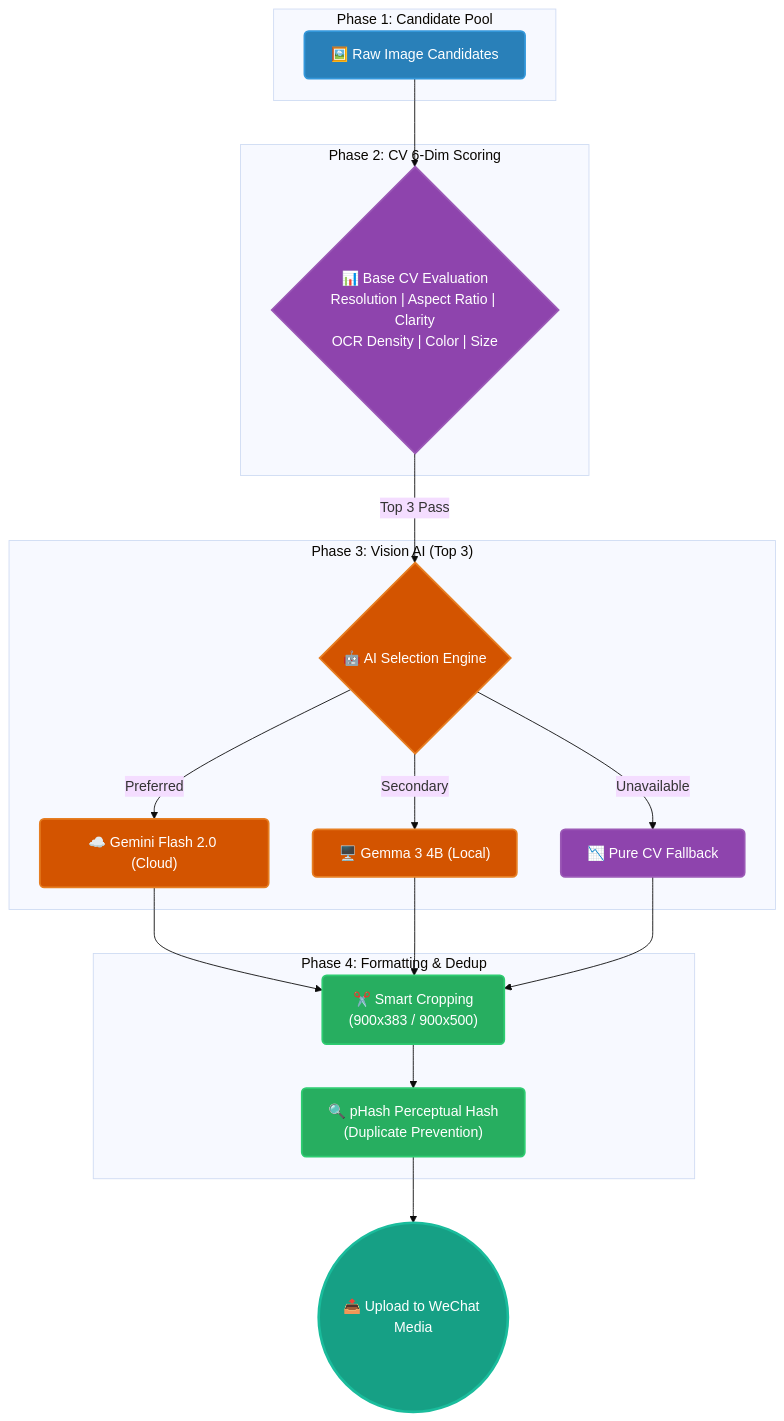
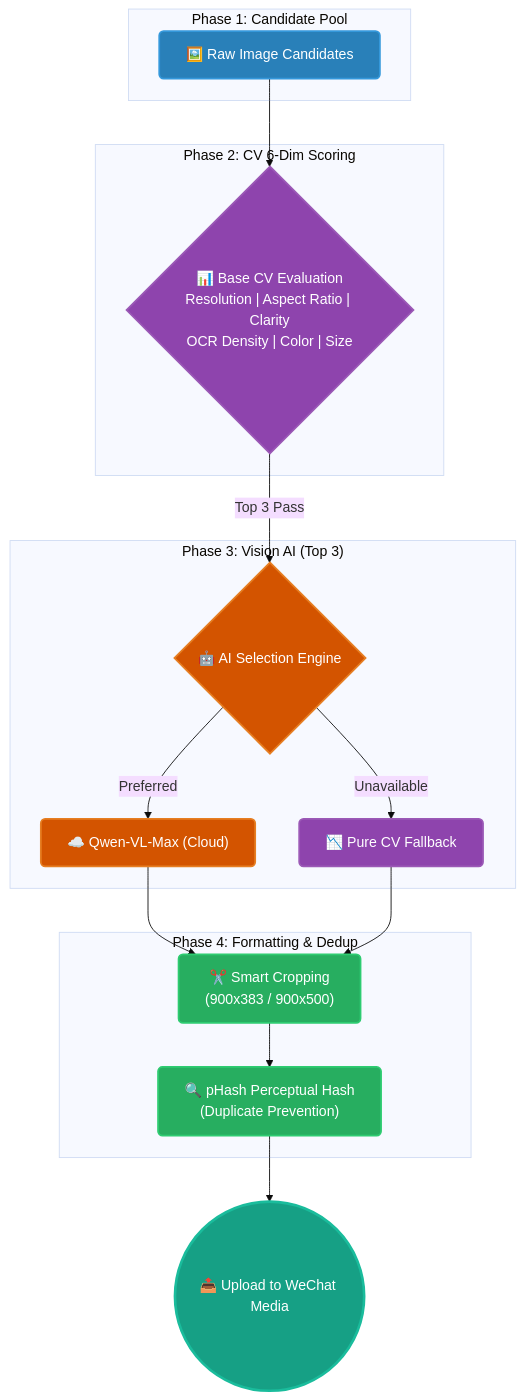
Before and after one commit to Chain813/wechat-automatic-publisher: the second of 2 diagrams in README_EN.md, drawn with Mermaid (base theme). The commit also changed other lines of this file and 30 other files, not shown here.

````diff
--- a/README_EN.md
+++ b/README_EN.md
@@ -302,43 +293,40 @@
 ```mermaid
 graph TD
     classDef pool fill:#2980B9,stroke:#3498DB,stroke-width:2px,color:#fff,rx:5px
     classDef scoring fill:#8E44AD,stroke:#9B59B6,stroke-width:2px,color:#fff,rx:5px
     classDef ai fill:#D35400,stroke:#E67E22,stroke-width:2px,color:#fff,rx:5px
     classDef process fill:#27AE60,stroke:#2ECC71,stroke-width:2px,color:#fff,rx:5px
     classDef final fill:#16A085,stroke:#1ABC9C,stroke-width:3px,color:#fff,rx:15px
 
     subgraph Phase1 ["Phase 1: Candidate Pool"]
         A["🖼️ Raw Image Candidates"]:::pool
     end
 
     subgraph Phase2 ["Phase 2: CV 6-Dim Scoring"]
         B{"📊 Base CV Evaluation\nResolution | Aspect Ratio | Clarity\nOCR Density | Color | Size"}:::scoring
     end
 
     subgraph Phase3 ["Phase 3: Vision AI (Top 3)"]
         C{"🤖 AI Selection Engine"}:::ai
-        D["☁️ Gemini Flash 2.0 (Cloud)"]:::ai
-        E["🖥️ Gemma 3 4B (Local)"]:::ai
+        D["☁️ Qwen-VL-Max (Cloud)"]:::ai
         F["📉 Pure CV Fallback"]:::scoring
     end
 
     subgraph Phase4 ["Phase 4: Formatting & Dedup"]
         G["✂️ Smart Cropping\n(900x383 / 900x500)"]:::process
         H["🔍 pHash Perceptual Hash\n(Duplicate Prevention)"]:::process
     end
 
     I(("📤 Upload to WeChat Media")):::final
 
     A --> B
     B -->|Top 3 Pass| C
     C -->|Preferred| D
-    C -->|Secondary| E
     C -->|Unavailable| F
     
     D --> G
-    E --> G
     F --> G
     
     G --> H
     H --> I
 ```
````
